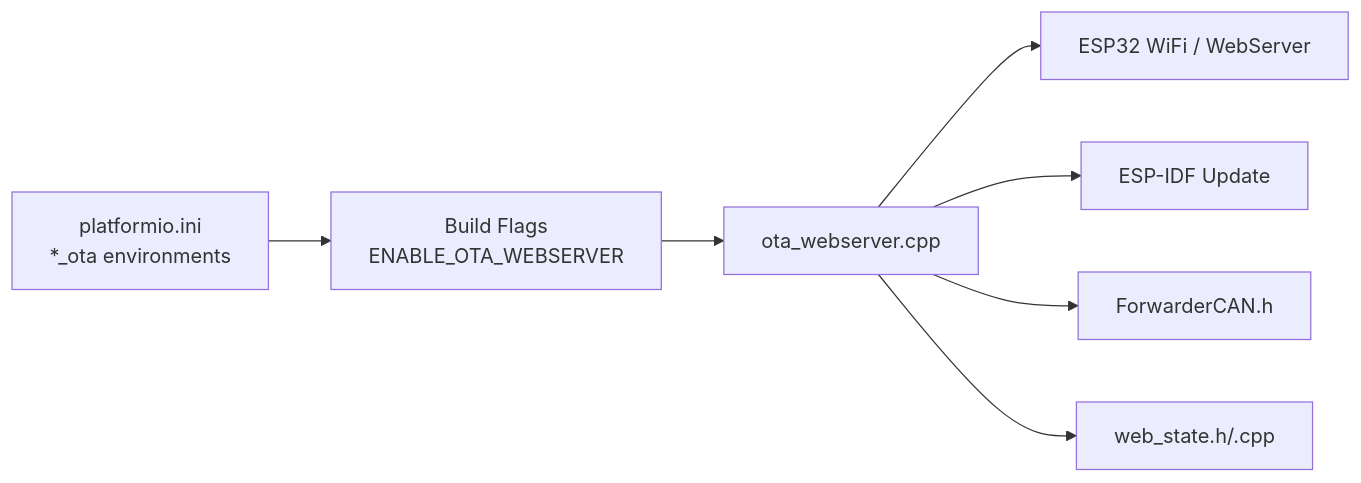
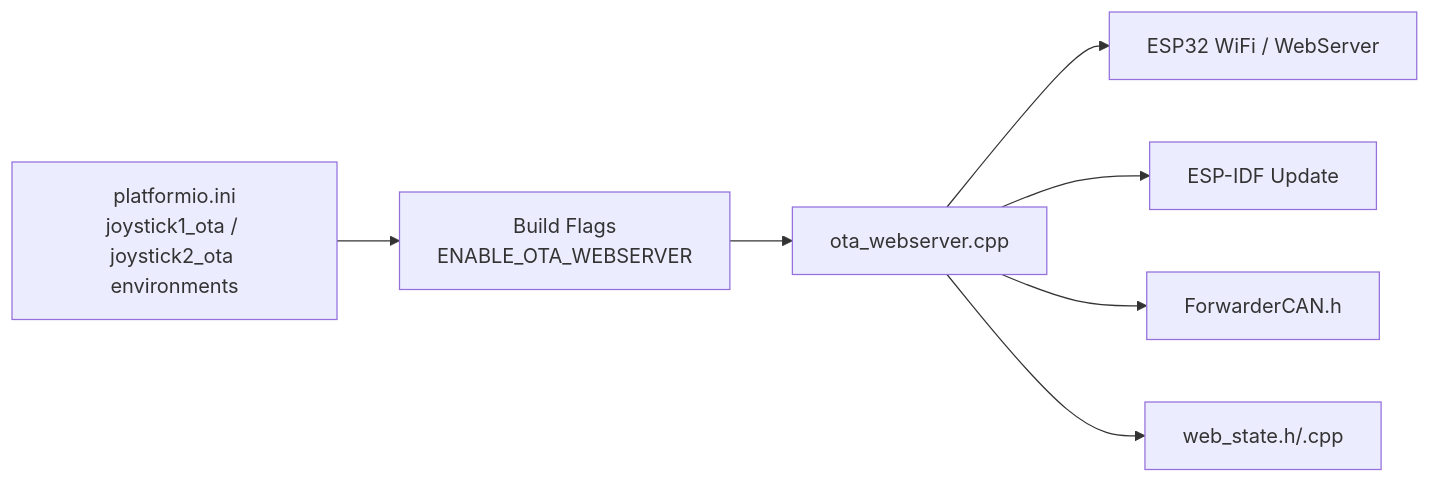
Before and after one commit to gunicsba/ESP_CAN_ECU_joystick_collection: the seventh of 8 diagrams in .qoder/repowiki/en/content/OTA Firmware Updates/OTA Firmware Updates.md, drawn with Mermaid. The commit also changed other lines of this file and 15 other files, not shown here.

````diff
--- a/.qoder/repowiki/en/content/OTA Firmware Updates/OTA Firmware Updates.md
+++ b/.qoder/repowiki/en/content/OTA Firmware Updates/OTA Firmware Updates.md
@@ -239,9 +254,9 @@
 ```mermaid
 graph LR
 Flags["Build Flags<br/>ENABLE_OTA_WEBSERVER"] --> OTA["ota_webserver.cpp"]
 OTA --> WiFi["ESP32 WiFi / WebServer"]
 OTA --> Update["ESP-IDF Update"]
 OTA --> CAN["ForwarderCAN.h"]
 OTA --> State["web_state.h/.cpp"]
-Env["platformio.ini<br/>*_ota environments"] --> Flags
+Env["platformio.ini<br/>joystick1_ota / joystick2_ota environments"] --> Flags
 ```
````
